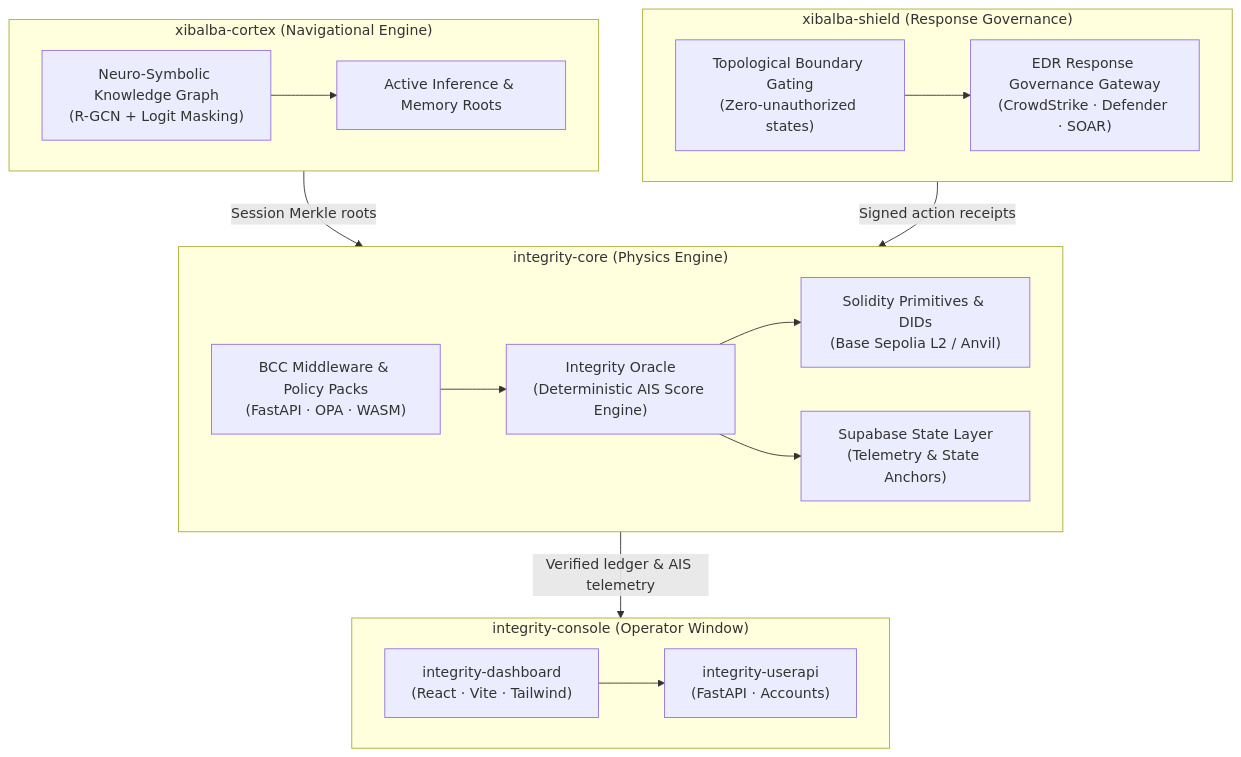
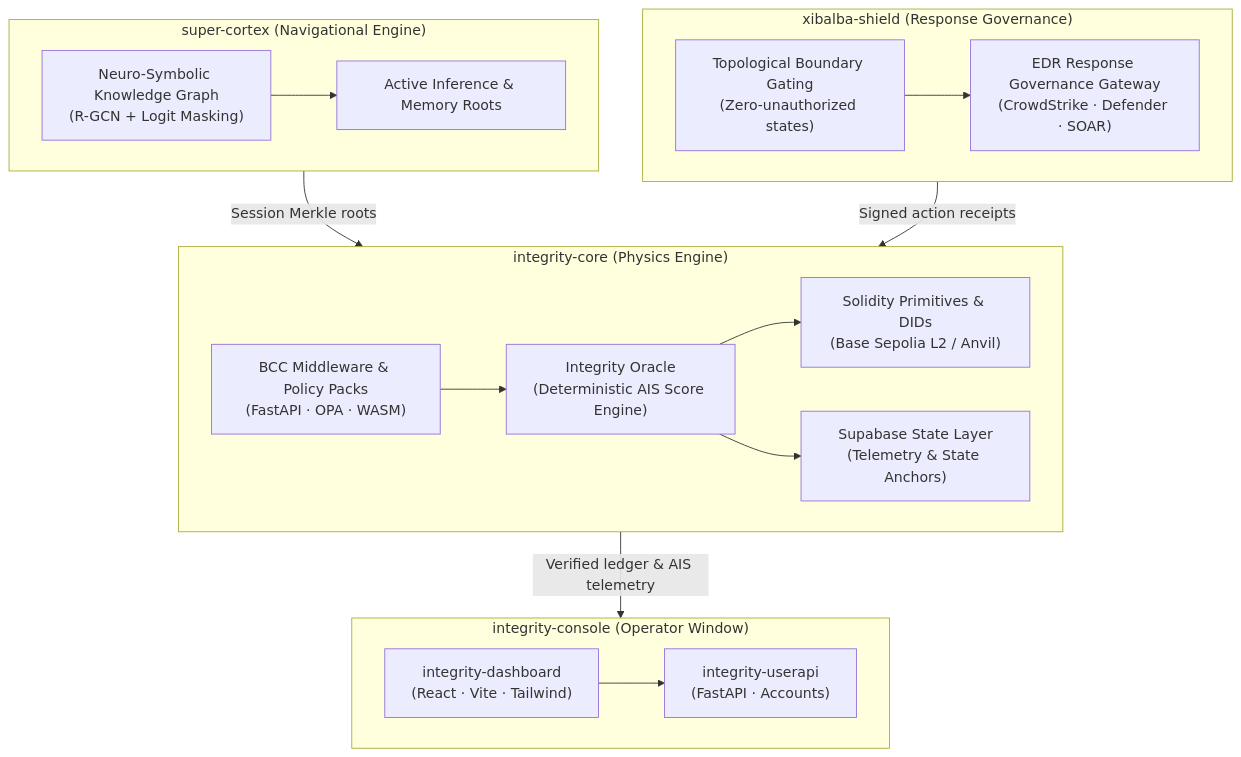
One commit to XibalbaTechSol/integrity-core changed the diagram in docs/wiki/architecture/repository-implementation-plans.md. Above: the diagram before and after it, drawn with Mermaid. The commit also changed other lines of this file and 15 other files, not shown here.

Commit message:
docs: update ecosystem documentation to reference super-cortex instead of xibalba-cortex (#243)

````diff
--- a/docs/wiki/architecture/repository-implementation-plans.md
+++ b/docs/wiki/architecture/repository-implementation-plans.md
@@ -49,34 +49,34 @@
 ```mermaid
 flowchart TD
     subgraph Core["integrity-core (Physics Engine)"]
         K["Solidity Primitives & DIDs<br/>(Base Sepolia L2 / Anvil)"]
         BCC["BCC Middleware & Policy Packs<br/>(FastAPI · OPA · WASM)"]
         O["Integrity Oracle<br/>(Deterministic AIS Score Engine)"]
         S["Supabase State Layer<br/>(Telemetry & State Anchors)"]
         BCC --> O
         O --> K
         O --> S
     end
 
-    subgraph Cortex["xibalba-cortex (Navigational Engine)"]
+    subgraph Cortex["super-cortex (Navigational Engine)"]
         G["Neuro-Symbolic Knowledge Graph<br/>(R-GCN + Logit Masking)"]
         M["Active Inference & Memory Roots"]
         G --> M
     end
 
     subgraph Shield["xibalba-shield (Response Governance)"]
         E["EDR Response Governance Gateway<br/>(CrowdStrike · Defender · SOAR)"]
         H["Topological Boundary Gating<br/>(Zero-unauthorized states)"]
         H --> E
     end
 
     subgraph Console["integrity-console (Operator Window)"]
         UI["integrity-dashboard<br/>(React · Vite · Tailwind)"]
         UAPI["integrity-userapi<br/>(FastAPI · Accounts)"]
         UI --> UAPI
     end
 
     Cortex -->|"Session Merkle roots"| Core
     Shield -->|"Signed action receipts"| Core
     Core -->|"Verified ledger & AIS telemetry"| Console
 ```
````
